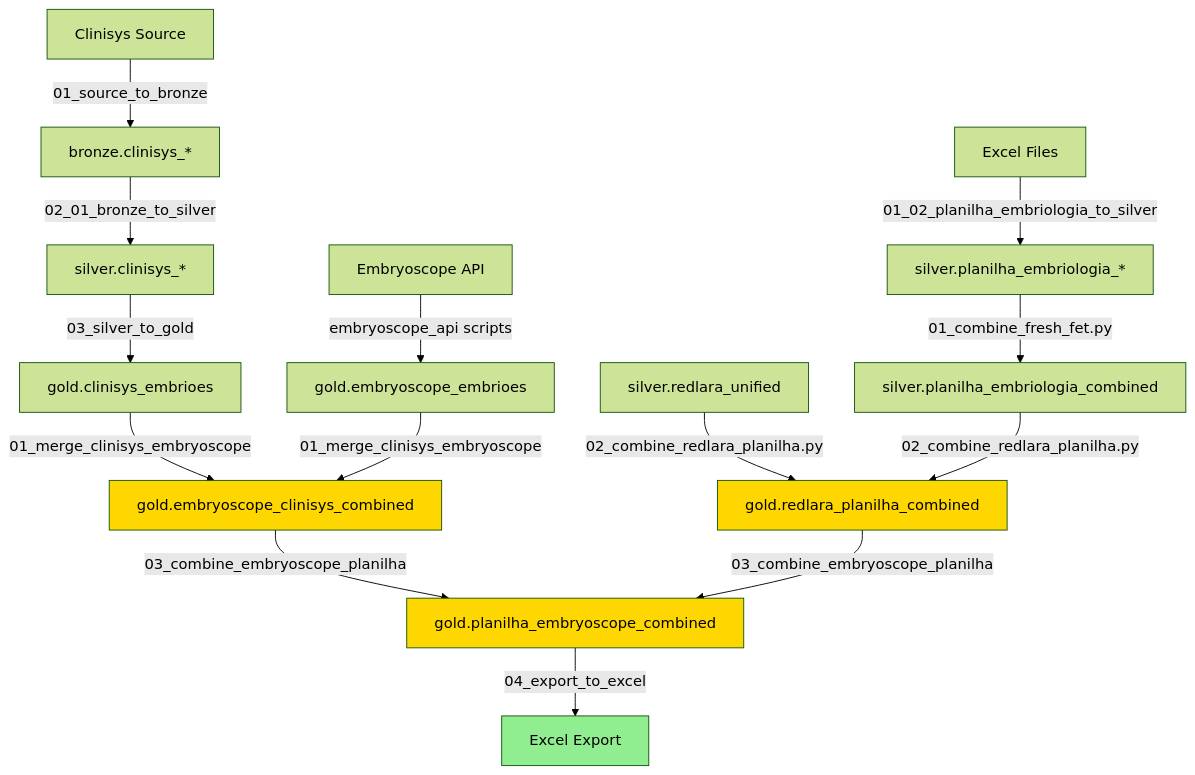
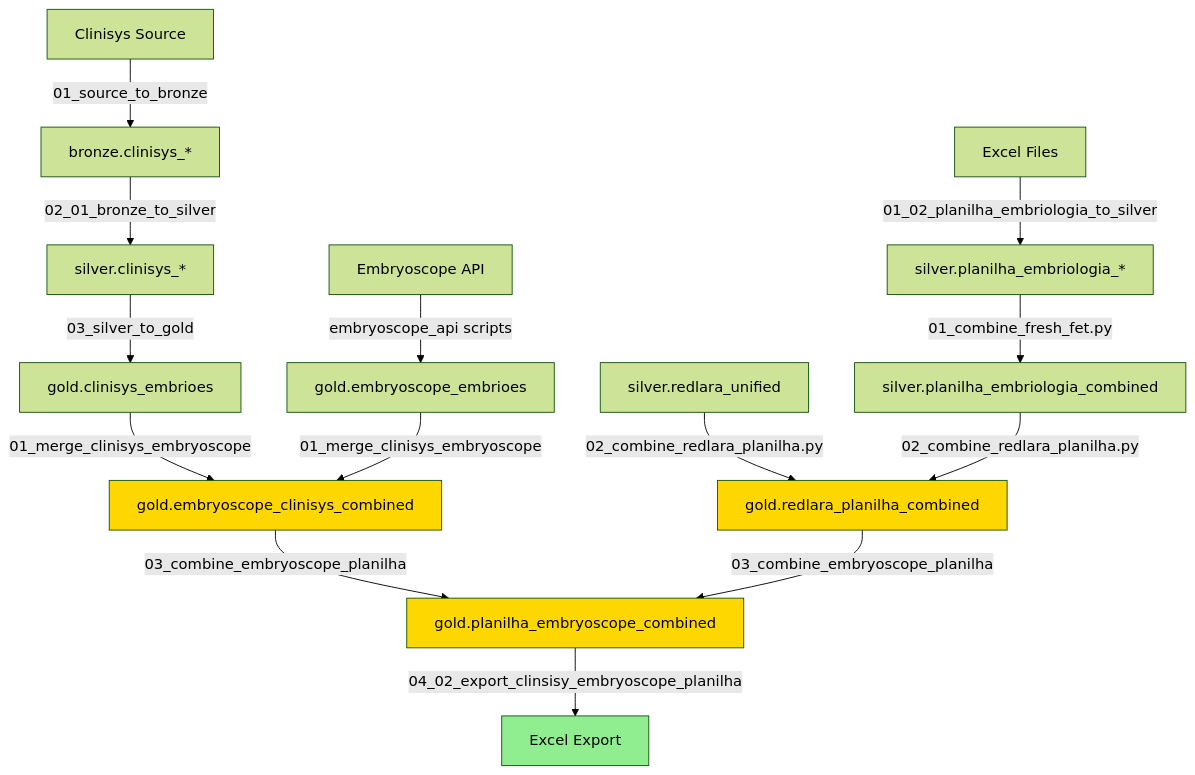
One commit to bobbypestana/embryoscope-extraction changed the diagram in planilha_embriologia/docs/pipeline_dependencies.md. Above: the diagram before and after it, drawn with Mermaid (forest theme). The commit also changed other lines of this file and 17 other files, not shown here.

````diff
--- a/planilha_embriologia/docs/pipeline_dependencies.md
+++ b/planilha_embriologia/docs/pipeline_dependencies.md
@@ -136,27 +136,27 @@
 ```mermaid
 graph TD
     A[Clinisys Source] -->|01_source_to_bronze| B[bronze.clinisys_*]
     B -->|02_01_bronze_to_silver| C[silver.clinisys_*]
     C -->|03_silver_to_gold| D[gold.clinisys_embrioes]
     
     E[Embryoscope API] -->|embryoscope_api scripts| F[gold.embryoscope_embrioes]
     
     D -->|01_merge_clinisys_embryoscope| G[gold.embryoscope_clinisys_combined]
     F -->|01_merge_clinisys_embryoscope| G
     
     H[Excel Files] -->|01_02_planilha_embriologia_to_silver| J[silver.planilha_embriologia_*]
     
     J -->|01_combine_fresh_fet.py| P[silver.planilha_embriologia_combined]
     S[silver.redlara_unified] -->|02_combine_redlara_planilha.py| R[gold.redlara_planilha_combined]
     P -->|02_combine_redlara_planilha.py| R
     
     G -->|03_combine_embryoscope_planilha| K[gold.planilha_embryoscope_combined]
     R -->|03_combine_embryoscope_planilha| K
     
-    K -->|04_export_to_excel| L[Excel Export]
+    K -->|04_02_export_clinsisy_embryoscope_planilha| L[Excel Export]
     
     style L fill:#90EE90
     style K fill:#FFD700
     style G fill:#FFD700
     style R fill:#FFD700
 ```
````
